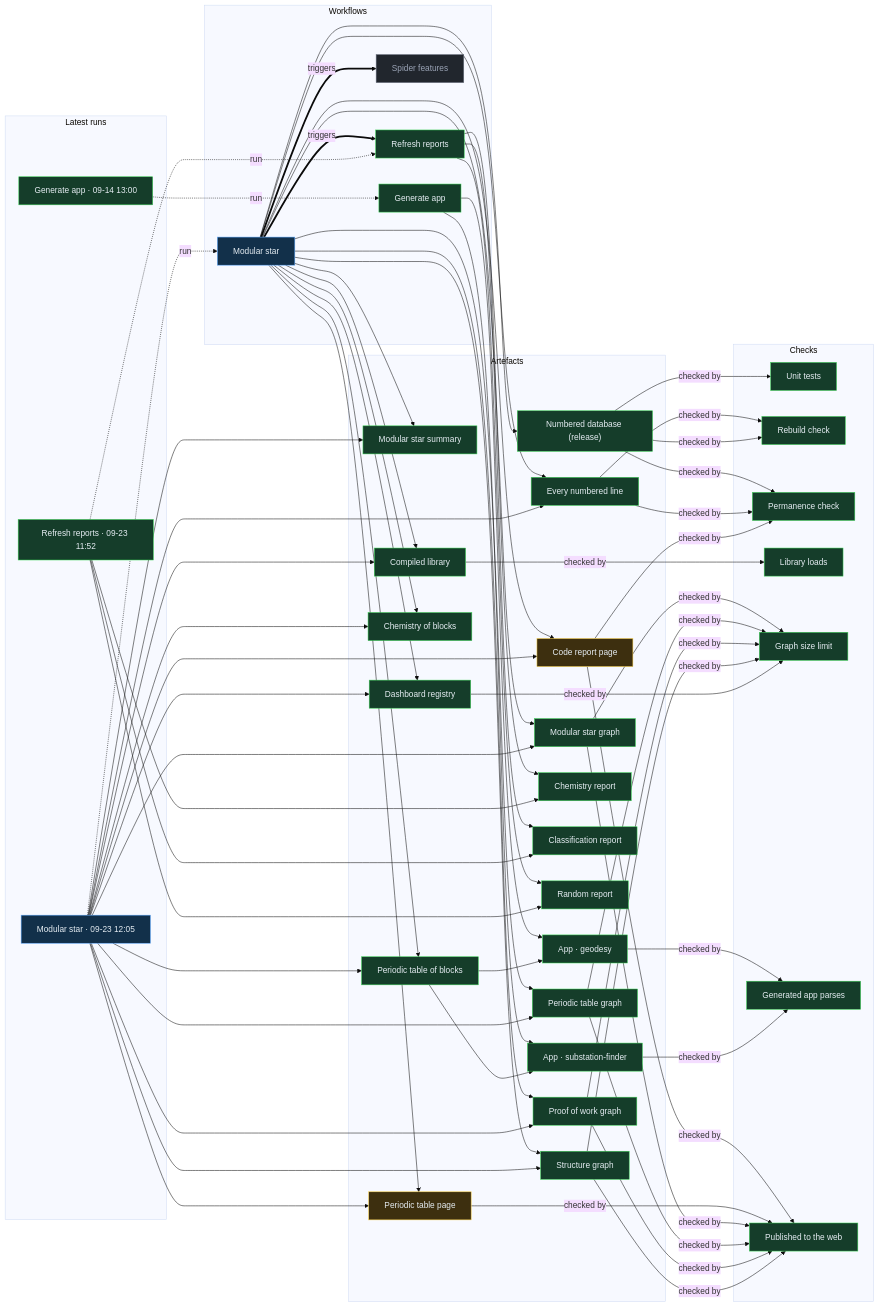
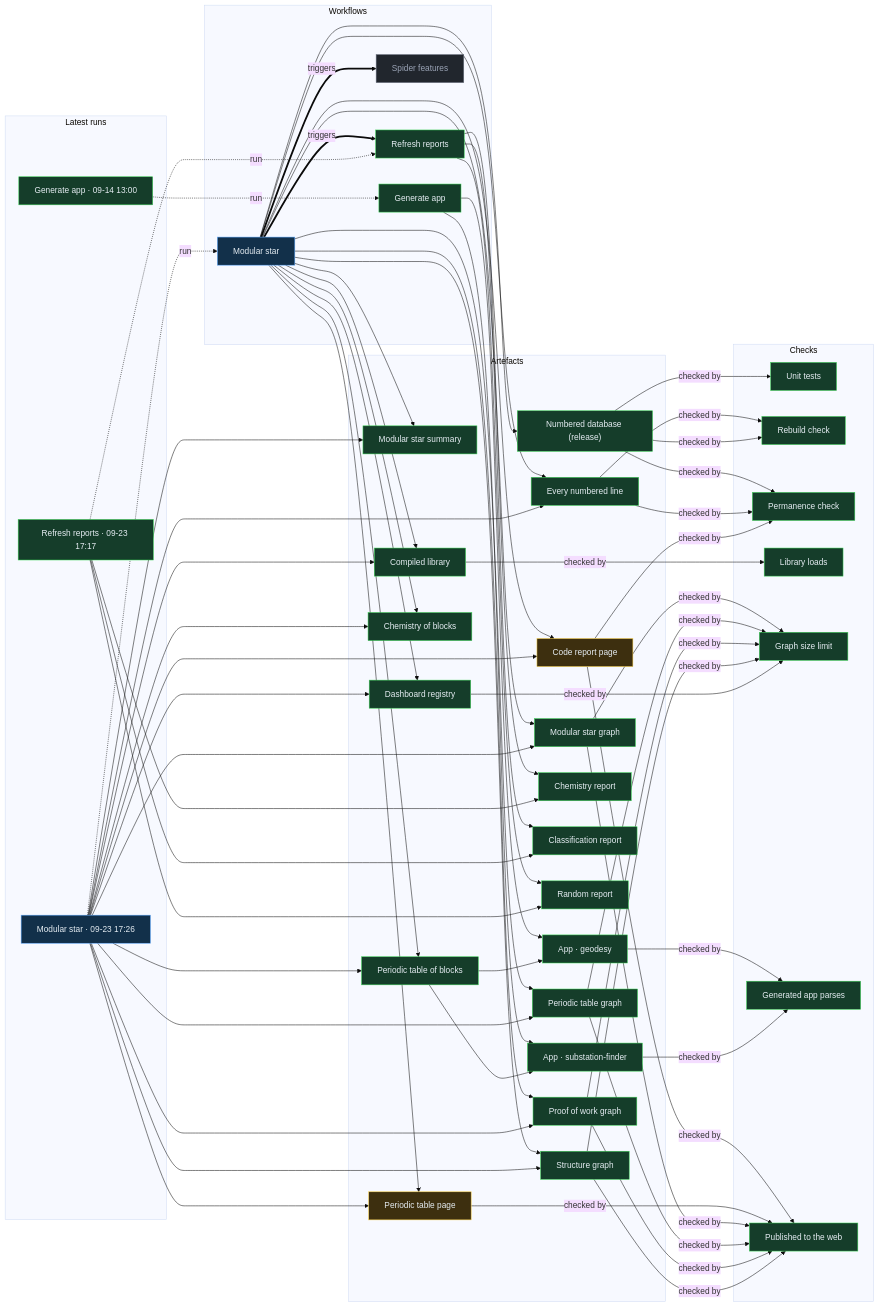
One commit to Ventusltd/stars changed the diagram in proof/PROOF.md. Above: the diagram before and after it, drawn with Mermaid (base theme). The commit also changed other lines of this file and 35 other files, not shown here.

Commit message:
Modular star 2026-09-23T17:28Z

```diff
--- a/proof/PROOF.md
+++ b/proof/PROOF.md
@@ -24,8 +24,8 @@
   n_wf_spider_features["Spider features"]:::off
   end
   subgraph g_runs["Latest runs"]
-  n_run_35858301115["Modular star · 09-23 12:05"]:::live
-  n_run_35857062564["Refresh reports · 09-23 11:52"]:::ok
+  n_run_35895565076["Modular star · 09-23 17:26"]:::live
+  n_run_35894554315["Refresh reports · 09-23 17:17"]:::ok
   n_run_34846587798["Generate app · 09-14 13:00"]:::ok
   end
   subgraph g_artefacts["Artefacts"]
@@ -59,39 +59,39 @@
   end
   n_wf_modular_star == triggers ==> n_wf_refresh
   n_wf_modular_star == triggers ==> n_wf_spider_features
-  n_run_35858301115 -. run .-> n_wf_modular_star
-  n_run_35857062564 -. run .-> n_wf_refresh
+  n_run_35895565076 -. run .-> n_wf_modular_star
+  n_run_35894554315 -. run .-> n_wf_refresh
   n_run_34846587798 -. run .-> n_wf_generate
   n_wf_modular_star --> n_art_summary
-  n_run_35858301115 --> n_art_summary
+  n_run_35895565076 --> n_art_summary
   n_wf_modular_star --> n_art_lines
-  n_run_35858301115 --> n_art_lines
+  n_run_35895565076 --> n_art_lines
   n_wf_modular_star --> n_art_code
-  n_run_35858301115 --> n_art_code
+  n_run_35895565076 --> n_art_code
   n_wf_modular_star --> n_art_modular_graph
-  n_run_35858301115 --> n_art_modular_graph
+  n_run_35895565076 --> n_art_modular_graph
   n_wf_modular_star --> n_art_blocks
-  n_run_35858301115 --> n_art_blocks
+  n_run_35895565076 --> n_art_blocks
   n_wf_modular_star --> n_art_table
-  n_run_35858301115 --> n_art_table
+  n_run_35895565076 --> n_art_table
   n_wf_modular_star --> n_art_blocks_graph
-  n_run_35858301115 --> n_art_blocks_graph
+  n_run_35895565076 --> n_art_blocks_graph
   n_wf_modular_star --> n_art_reactions
-  n_run_35858301115 --> n_art_reactions
+  n_run_35895565076 --> n_art_reactions
   n_wf_modular_star --> n_art_library
-  n_run_35858301115 --> n_art_library
+  n_run_35895565076 --> n_art_library
   n_wf_modular_star --> n_art_features
-  n_run_35858301115 --> n_art_features
+  n_run_35895565076 --> n_art_features
   n_wf_modular_star --> n_art_proof
-  n_run_35858301115 --> n_art_proof
+  n_run_35895565076 --> n_art_proof
   n_wf_modular_star --> n_art_structure
-  n_run_35858301115 --> n_art_structure
+  n_run_35895565076 --> n_art_structure
   n_wf_refresh --> n_art_chemistry
-  n_run_35857062564 --> n_art_chemistry
+  n_run_35894554315 --> n_art_chemistry
   n_wf_refresh --> n_art_vedic
-  n_run_35857062564 --> n_art_vedic
+  n_run_35894554315 --> n_art_vedic
   n_wf_refresh --> n_art_random
-  n_run_35857062564 --> n_art_random
+  n_run_35894554315 --> n_art_random
   n_wf_modular_star --> n_art_release
   n_wf_generate --> n_app_geodesy
   n_art_blocks --> n_app_geodesy
```
